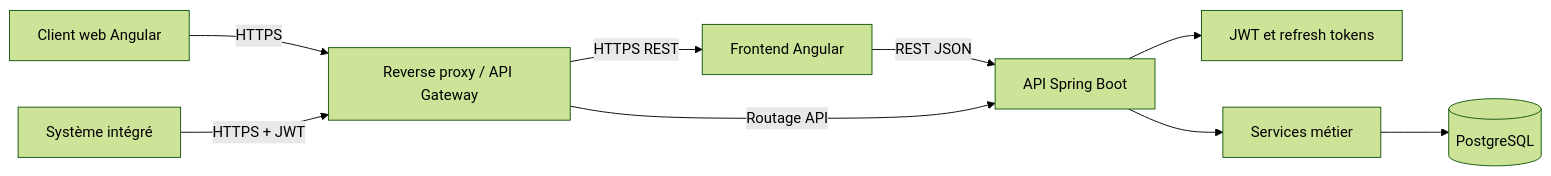
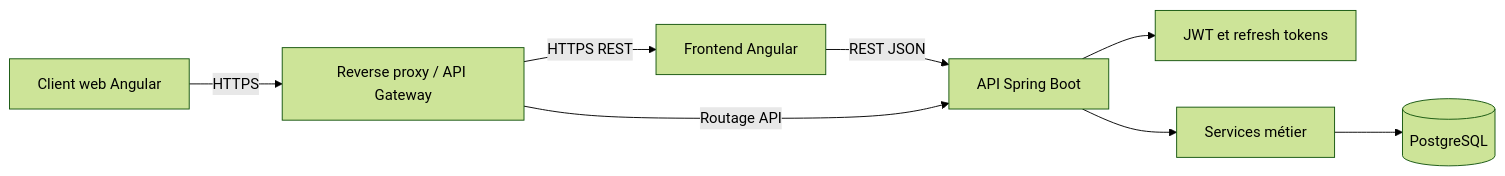
The second of 8 diagrams in Livrables/Proposition-Architecture.md (Kevin-Renault/Projet-10), drawn with Mermaid (forest theme) before and after one commit. The commit also changed other lines of this file and 1 other file, not shown here.

Commit message:
docs: reorganize target architecture and migration strategy

````diff
--- a/Livrables/Proposition-Architecture.md
+++ b/Livrables/Proposition-Architecture.md
@@ -273,11 +221,10 @@
 ```mermaid
 flowchart LR
   Client[Client web Angular] -->|HTTPS| Gateway[Reverse proxy / API Gateway]
   Gateway -->|HTTPS REST| Frontend[Frontend Angular]
   Frontend -->|REST JSON| API[API Spring Boot]
   API --> Auth[JWT et refresh tokens]
   API --> Domain[Services métier]
   Domain --> DB[(PostgreSQL)]
-  IntegratedSystem[Système intégré] -->|HTTPS + JWT| Gateway
   Gateway -->|Routage API| API
 ```
````
